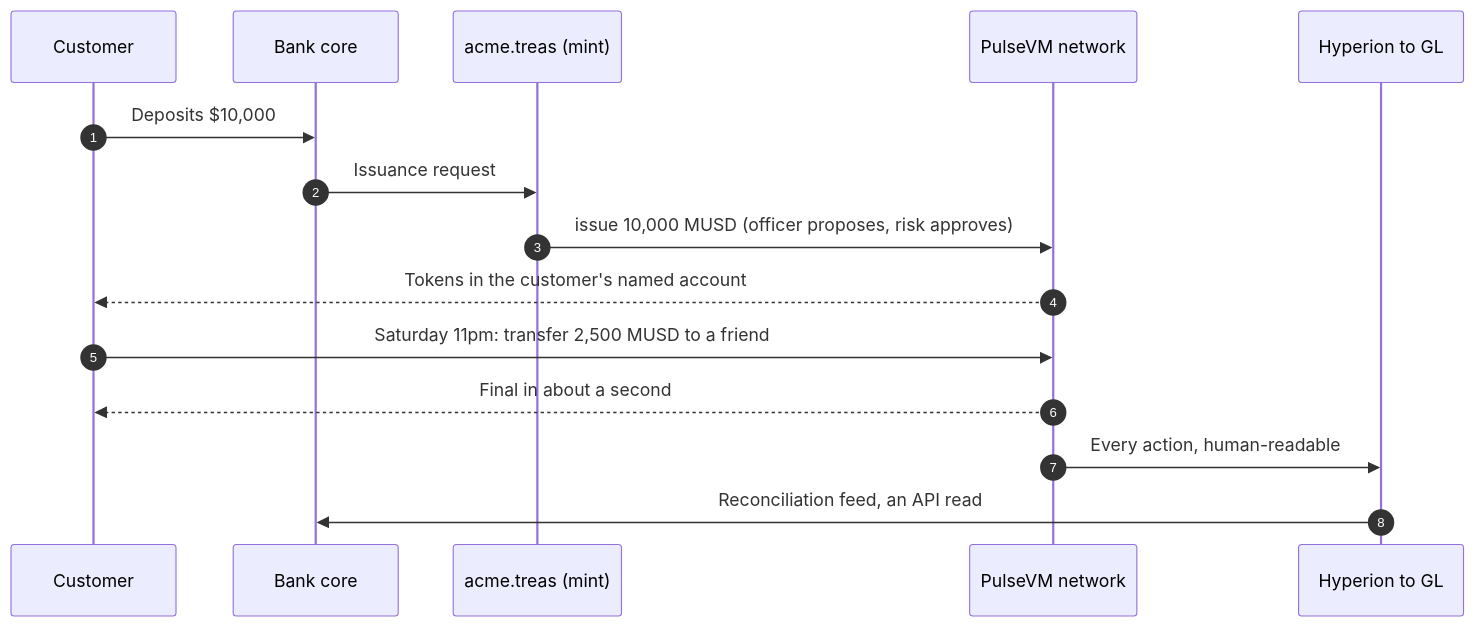
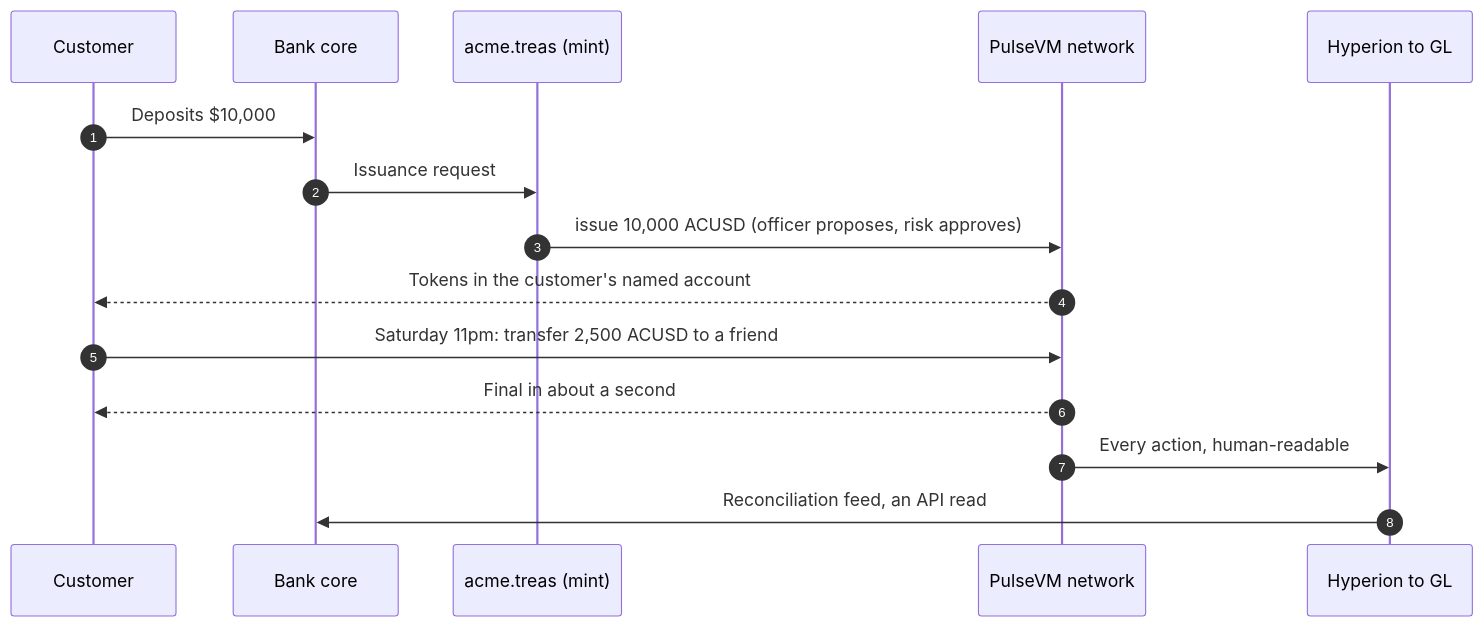
Before and after one commit to paulgnz/pulsevm-docs: the second of 2 diagrams in docs/institutions/banks.md, drawn with Mermaid. The commit also changed other lines of this file and 11 other files, not shown here.

````diff
--- a/docs/institutions/banks.md
+++ b/docs/institutions/banks.md
@@ -123,17 +123,17 @@
 ```mermaid
 sequenceDiagram
   autonumber
   participant C as Customer
   participant B as Bank core
   participant T as acme.treas (mint)
   participant L as PulseVM network
   participant H as Hyperion to GL
   C->>B: Deposits $10,000
   B->>T: Issuance request
-  T->>L: issue 10,000 MUSD (officer proposes, risk approves)
+  T->>L: issue 10,000 ACUSD (officer proposes, risk approves)
   L-->>C: Tokens in the customer's named account
-  C->>L: Saturday 11pm: transfer 2,500 MUSD to a friend
+  C->>L: Saturday 11pm: transfer 2,500 ACUSD to a friend
   L-->>C: Final in about a second
   L->>H: Every action, human-readable
   H->>B: Reconciliation feed, an API read
 ```
````
